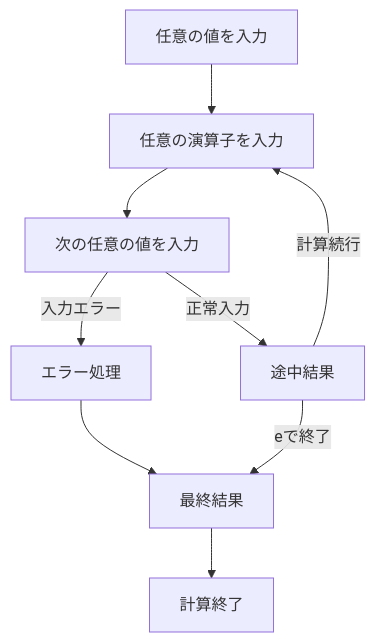
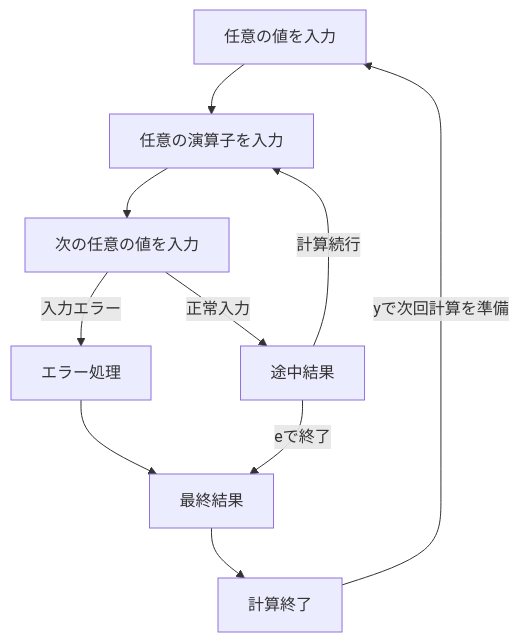
The diagram in calculator/README.md (ibit/tools), drawn with Mermaid before and after one commit.

````diff
--- a/calculator/README.md
+++ b/calculator/README.md
@@ -5,16 +5,16 @@
 ```mermaid
 flowchart TD
     A[任意の値を入力]
     B[任意の演算子を入力]
     C[次の任意の値を入力]
     D[途中結果]
     E[エラー処理]
     F[最終結果]
     G[計算終了]
 
     A --> B --> C
     D --> |計算続行|B
     C --> |入力エラー|E --> F
     C --> |正常入力|D -->|eで終了| F
-    F --> G
+    F --> G --> |yで次回計算を準備|A
 ```
````
